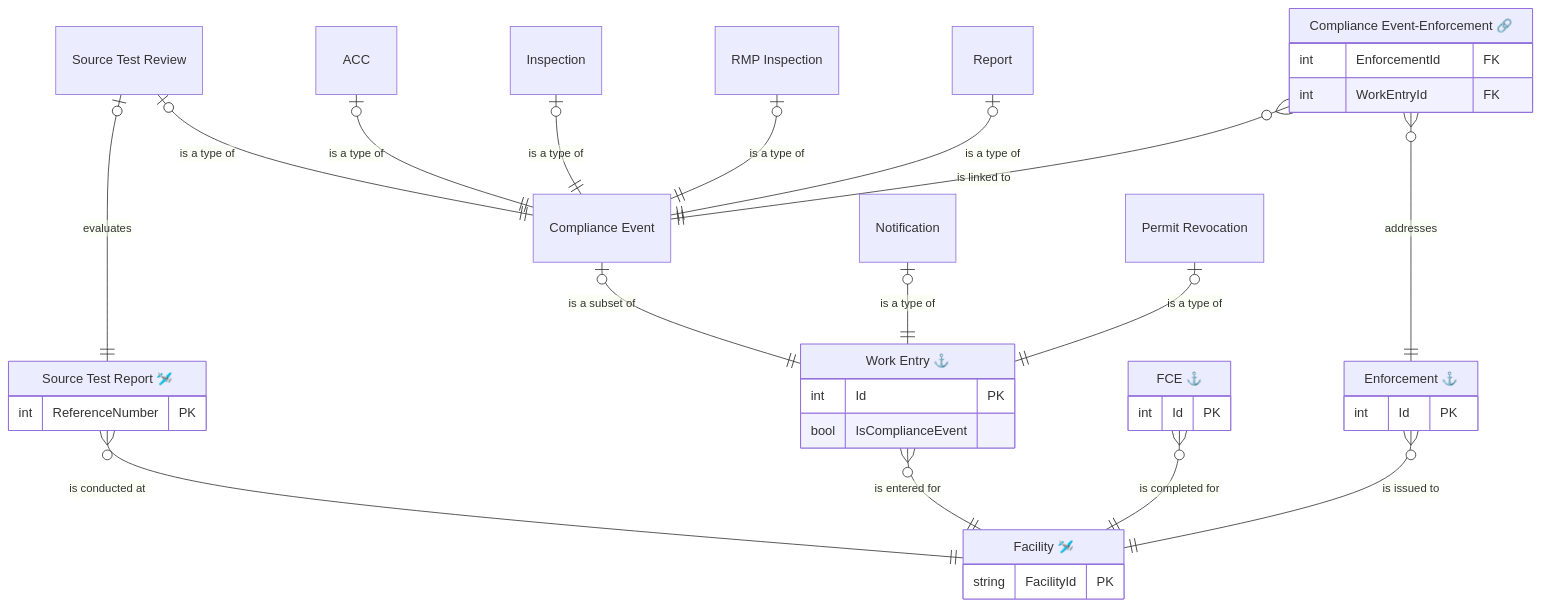
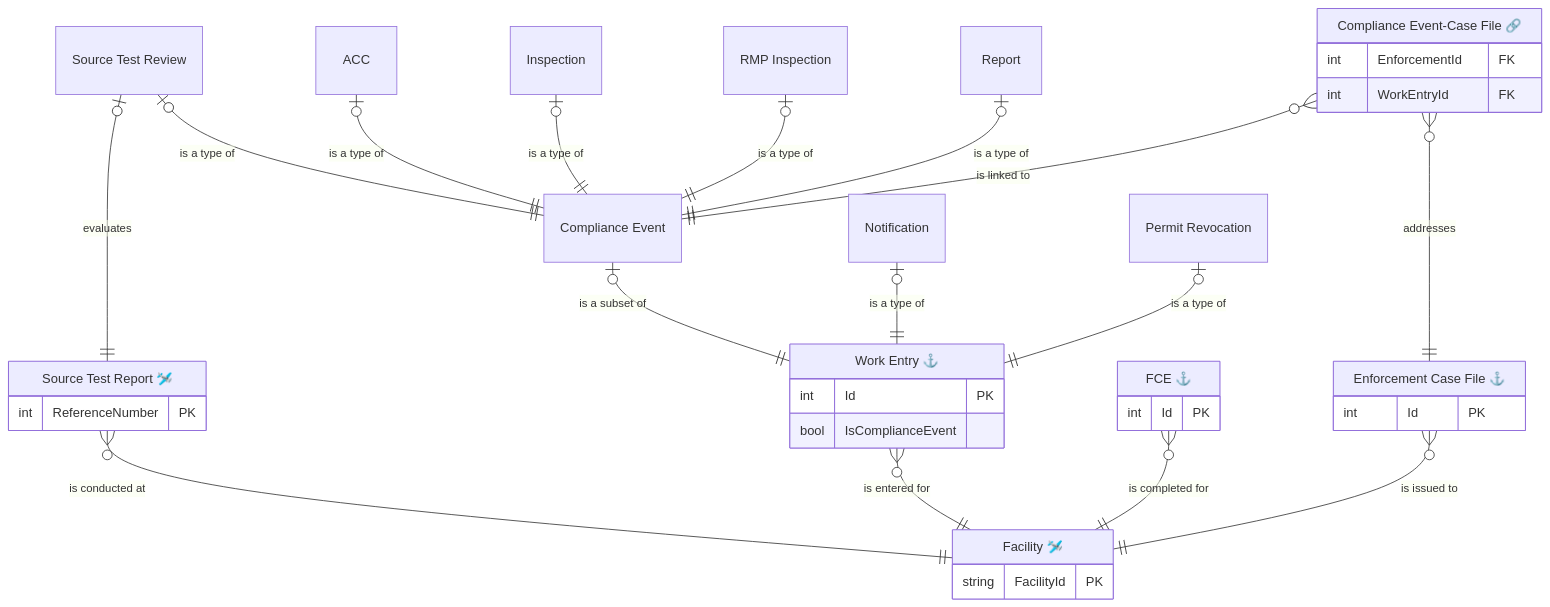
One commit to gaepdit/air-web changed the diagram in docs/Data-entities/Compliance-and-enforcement-entities.md. Above: the diagram before and after it, drawn with Mermaid. The commit also changed other lines of this file and 12 other files, not shown here.

````diff
--- a/docs/Data-entities/Compliance-and-enforcement-entities.md
+++ b/docs/Data-entities/Compliance-and-enforcement-entities.md
@@ -26,61 +26,61 @@
 ```mermaid
 erDiagram
     FAC["Facility 🛩️"] {
     string FacilityId PK
 }
 
     TST["Source Test Report 🛩️"] {
     int ReferenceNumber PK
 }
 
     FCE["FCE ⚓"] {
     int Id PK
 }
 
     WRK["Work Entry ⚓"] {
     int Id PK
     bool IsComplianceEvent
 }
 
     CME["Compliance Event"]
 
         STR["Source Test Review"]
         ACC["ACC"]
         INS["Inspection"]
         RMP["RMP Inspection"]
         REP["Report"]
 
     NOT["Notification"]
     
     REV["Permit Revocation"]
 
-    ENF["Enforcement ⚓"] {
+    ENF["Enforcement Case File ⚓"] {
     int Id PK
 }
 
-    CEL["Compliance Event-Enforcement 🔗"] {
+    CEL["Compliance Event-Case File 🔗"] {
     int EnforcementId FK
     int WorkEntryId FK
 }
 
 STR |o--|| CME : "is a type of"
 ACC |o--|| CME : "is a type of"
 INS |o--|| CME : "is a type of"
 RMP |o--|| CME : "is a type of"
 REP |o--|| CME : "is a type of"
 
 CME |o--|| WRK : "is a subset of"
 NOT |o--|| WRK : "is a type of"
 REV |o--|| WRK : "is a type of"
 
 STR |o--|| TST : "evaluates"
 
 TST }o--|| FAC : "is conducted at"
 WRK }o--|| FAC : "is entered for"
 FCE }o--|| FAC : "is completed for"
 ENF }o--|| FAC : "is issued to"
 
 CEL }o--|| ENF : "addresses"
 CEL }o--|| CME : "is linked to"
 
 ```
````
